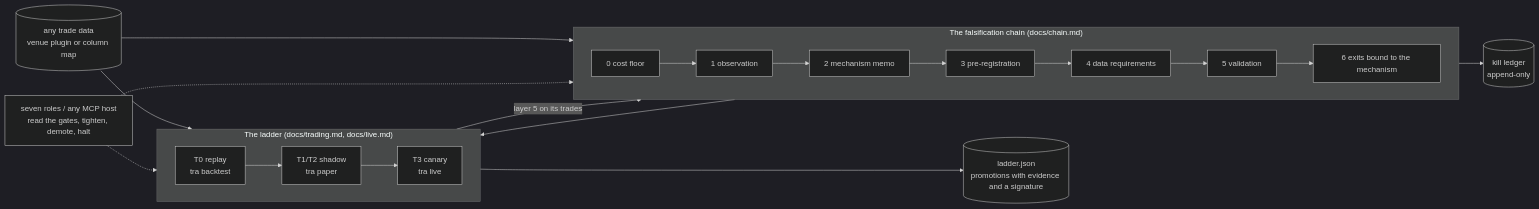
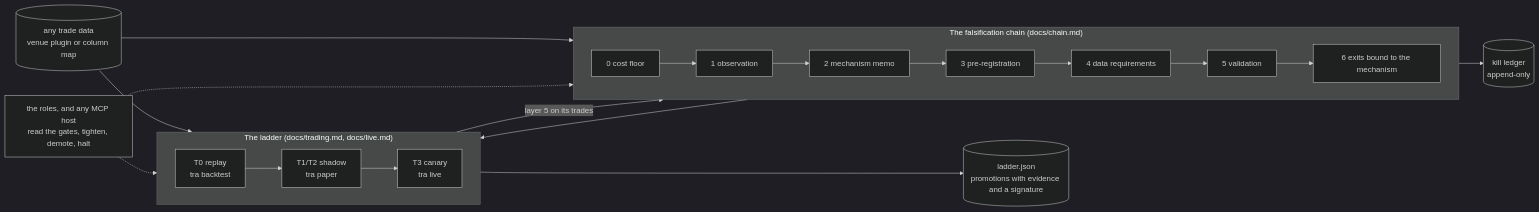
Before and after one commit to BijectiveLabs/bitra: the third of 4 diagrams in README.md, drawn with Mermaid (dark theme). The commit also changed other lines of this file and 4 other files, not shown here.

````diff
--- a/README.md
+++ b/README.md
@@ -210,20 +208,20 @@
 ```mermaid
 flowchart LR
     subgraph gates["The falsification chain (docs/chain.md)"]
         direction LR
         L0["0 cost floor"] --> L1["1 observation"] --> L2["2 mechanism memo"] --> L3["3 pre-registration"]
         L3 --> L4["4 data requirements"] --> L5["5 validation"] --> L6["6 exits bound to the mechanism"]
     end
     subgraph tiers["The ladder (docs/trading.md, docs/live.md)"]
         direction LR
         T0["T0 replay<br/>tra backtest"] --> T1["T1/T2 shadow<br/>tra paper"] --> T3["T3 canary<br/>tra live"]
     end
     data[("any trade data<br/>venue plugin or column map")] --> L1
     data --> T0
     L6 --> T0
     T1 -- "layer 5 on its trades" --> L5
     gates --> ledger[("kill ledger<br/>append-only")]
     tiers --> ladder[("ladder.json<br/>promotions with evidence and a signature")]
-    agents["seven roles / any MCP host<br/>read the gates, tighten, demote, halt"] -.-> gates
+    agents["the roles, and any MCP host<br/>read the gates, tighten, demote, halt"] -.-> gates
     agents -.-> tiers
 ```
````
